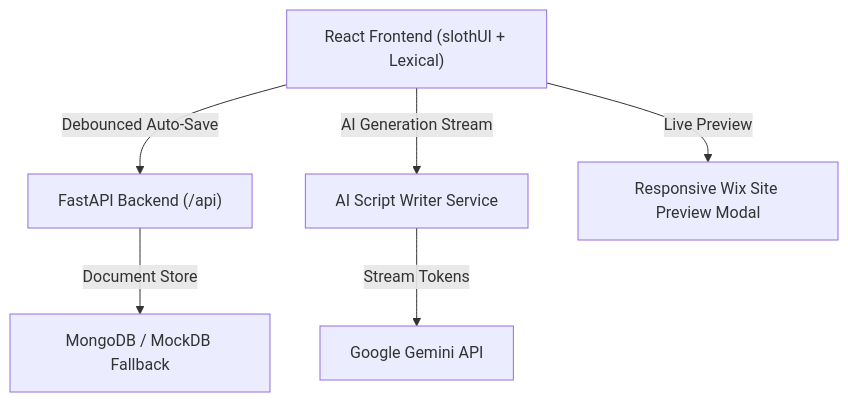
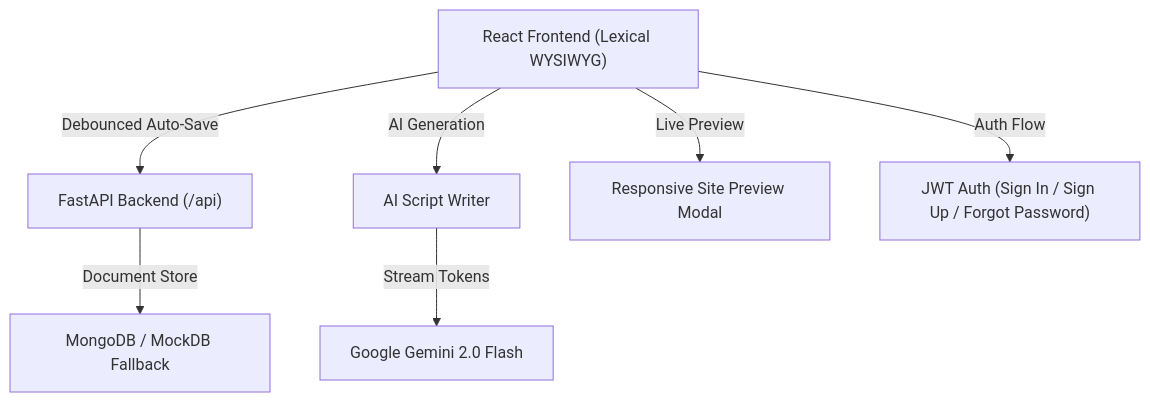
One commit to Jayaveer08/Smart-Blog-editor changed the diagram in README.md. Above: the diagram before and after it, drawn with Mermaid. The commit also changed other lines of this file and 1 other file, not shown here.

Commit message:
fix(ai): Add missing log_ai_usage to ai_service.py — fixes AI Script Writer crash; update README to Smart Blog Editor branding

````diff
--- a/README.md
+++ b/README.md
@@ -61,8 +56,9 @@
 ```mermaid
 graph TD
-    Client["React Frontend (slothUI + Lexical)"] -->|Debounced Auto-Save| FastAPI["FastAPI Backend (/api)"]
-    Client -->|AI Generation Stream| AIService["AI Script Writer Service"]
-    AIService -->|Stream Tokens| Gemini["Google Gemini API"]
-    FastAPI -->|Document Store| MongoDB["MongoDB / MockDB Fallback"]
-    Client -->|Live Preview| WixModal["Responsive Wix Site Preview Modal"]
+    Client["React Frontend (Lexical WYSIWYG)"] -->|Debounced Auto-Save| API["FastAPI Backend (/api)"]
+    Client -->|AI Generation| AIService["AI Script Writer"]
+    AIService -->|Stream Tokens| Gemini["Google Gemini 2.0 Flash"]
+    API -->|Document Store| DB["MongoDB / MockDB Fallback"]
+    Client -->|Live Preview| Preview["Responsive Site Preview Modal"]
+    Client -->|Auth Flow| Auth["JWT Auth (Sign In / Sign Up / Forgot Password)"]
 ```
````
